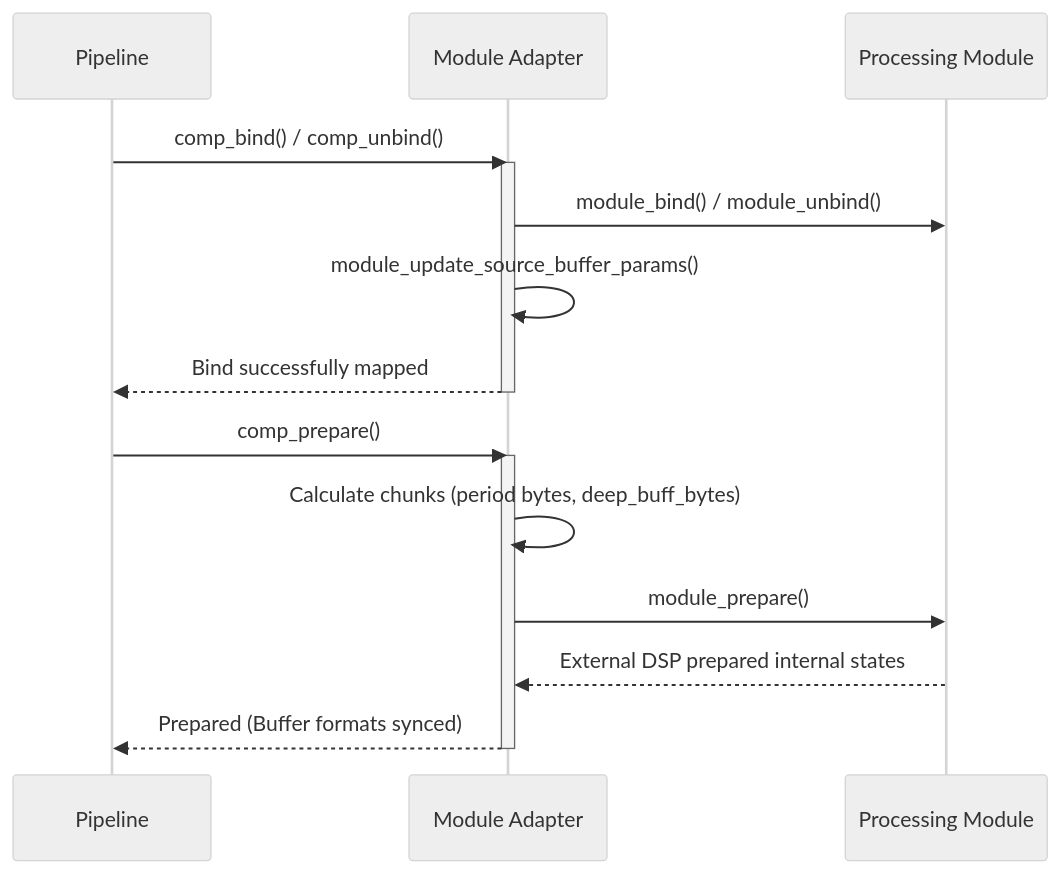
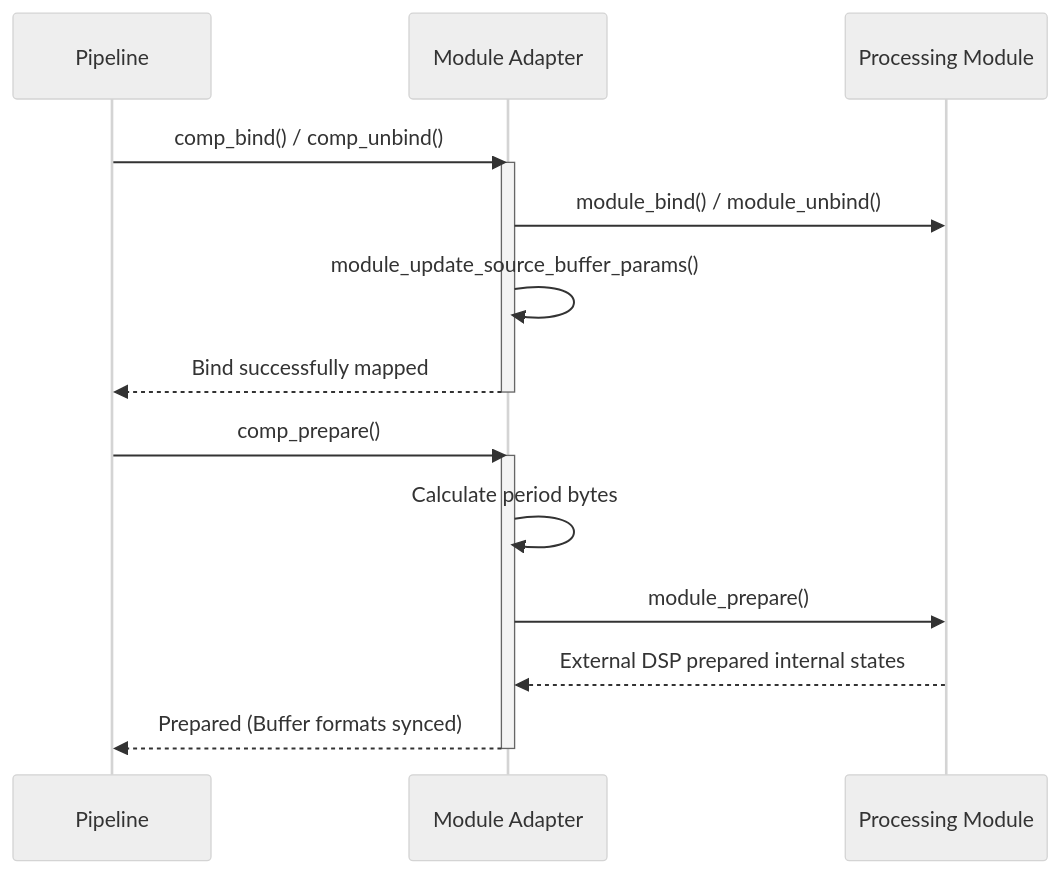
Before and after one commit to thesofproject/sof: the second of 3 diagrams in src/audio/module_adapter/README.md, drawn with Mermaid (neutral theme). The commit also changed 9 other files, not shown here.

````diff
--- a/src/audio/module_adapter/README.md
+++ b/src/audio/module_adapter/README.md
@@ -53,21 +53,21 @@
 ```mermaid
 sequenceDiagram
     participant Pipe as Pipeline
     participant ModAd as Module Adapter
     participant Mod as Processing Module
 
     Pipe->>ModAd: comp_bind() / comp_unbind()
     activate ModAd
     ModAd->>Mod: module_bind() / module_unbind()
     ModAd->>ModAd: module_update_source_buffer_params()
     ModAd-->>Pipe: Bind successfully mapped
     deactivate ModAd
 
     Pipe->>ModAd: comp_prepare()
     activate ModAd
-    ModAd->>ModAd: Calculate chunks (period bytes, deep_buff_bytes)
+    ModAd->>ModAd: Calculate period bytes
     ModAd->>Mod: module_prepare()
     Mod-->>ModAd: External DSP prepared internal states
     ModAd-->>Pipe: Prepared (Buffer formats synced)
     deactivate ModAd
 ```
````
